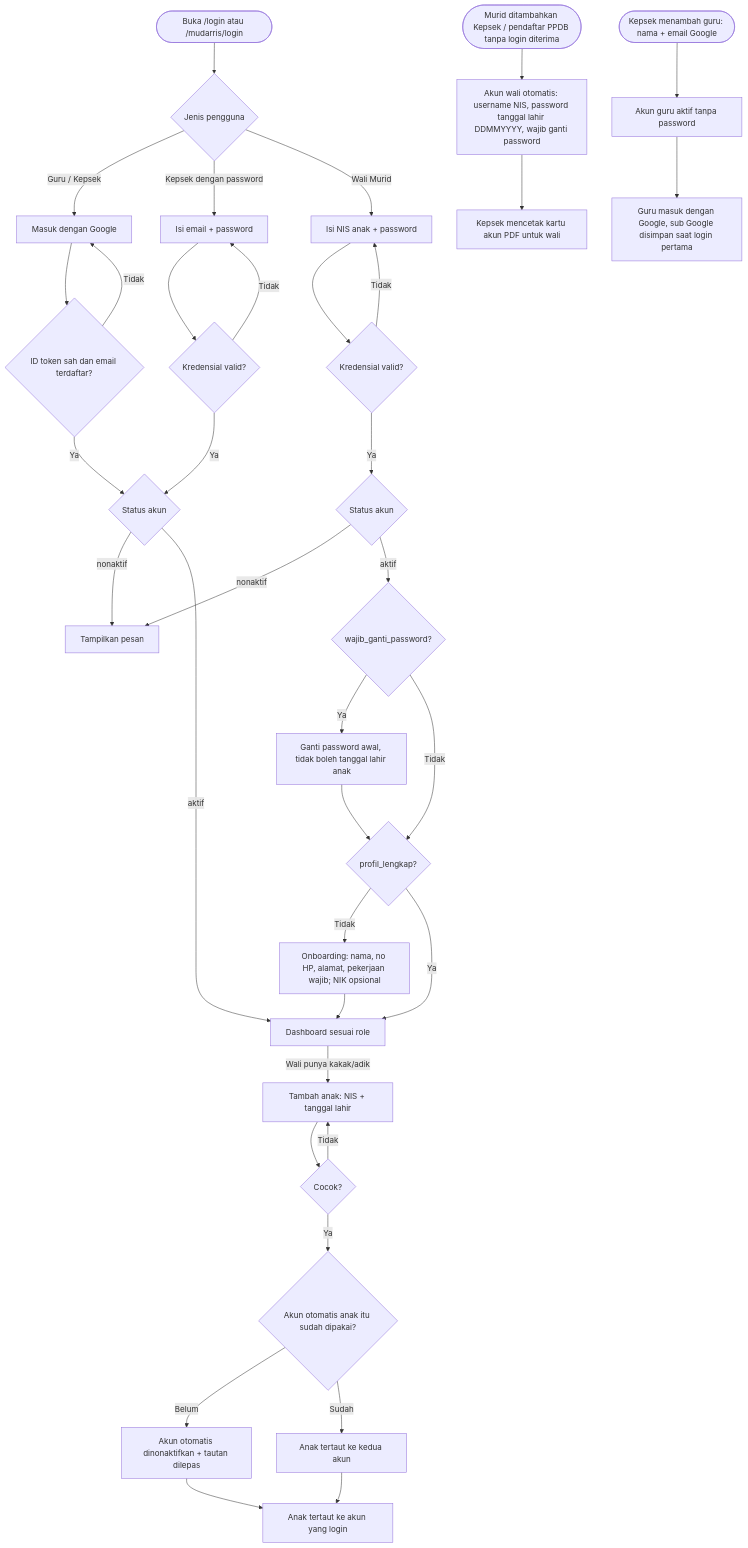
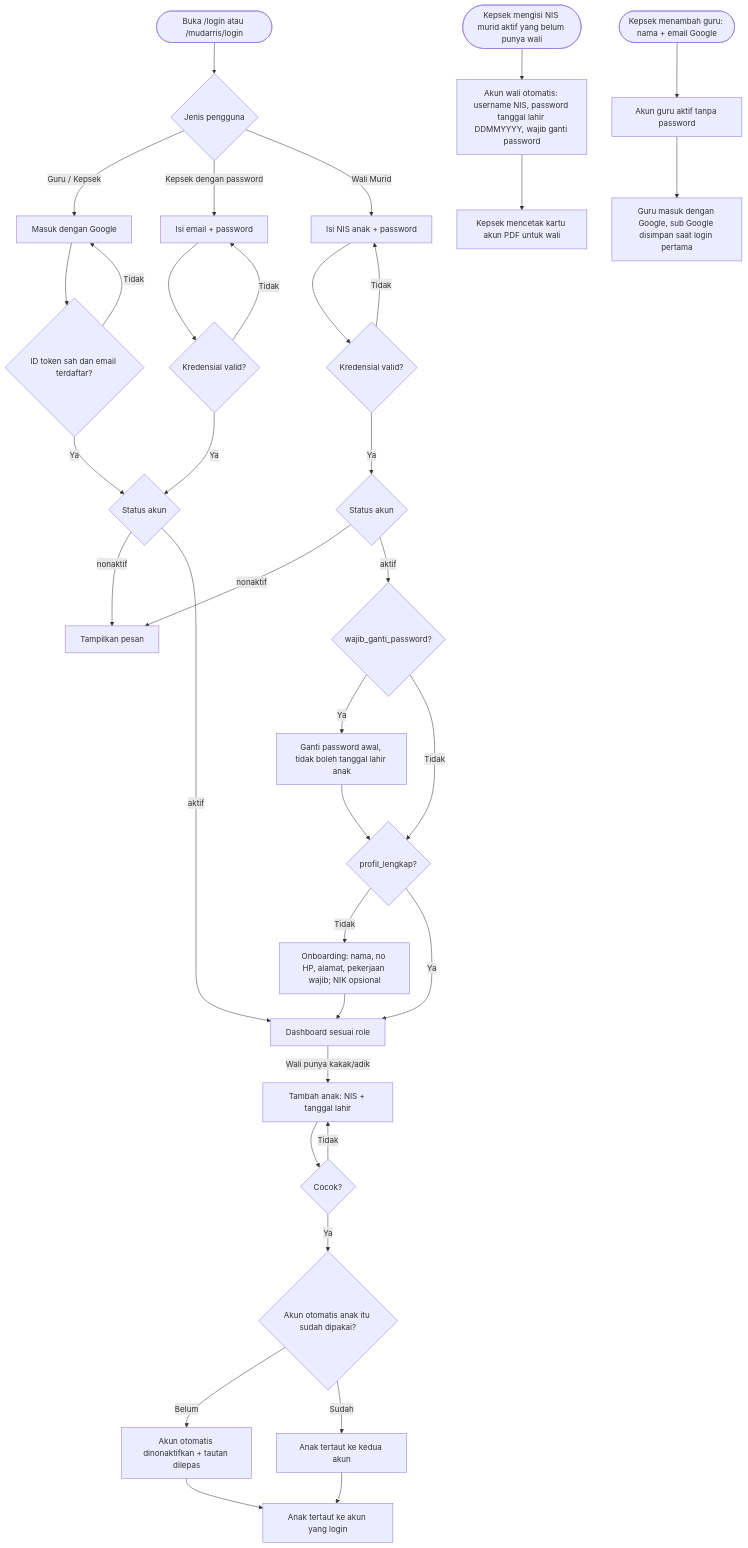
One commit to Keyanffz/TK_TA8_BE changed the second of 10 diagrams in PROMPT_BE_TK.md. Above: the diagram before and after it, drawn with Mermaid. The commit also changed other lines of this file and 2 other files, not shown here.

First line of the commit message:
docs: acuan dan kontrak NIS murid diisi Kepala Sekolah

````diff
--- a/PROMPT_BE_TK.md
+++ b/PROMPT_BE_TK.md
@@ -351,38 +352,38 @@
 ```mermaid
 flowchart TD
     A([Buka /login atau /mudarris/login]) --> B{Jenis pengguna}
     B -->|Guru / Kepsek| C[Masuk dengan Google]
     C --> D{ID token sah dan email terdaftar?}
     D -->|Tidak| C
     D -->|Ya| E{Status akun}
     B -->|Kepsek dengan password| C2[Isi email + password]
     C2 --> D2{Kredensial valid?}
     D2 -->|Tidak| C2
     D2 -->|Ya| E
     E -->|nonaktif| G[Tampilkan pesan]
     E -->|aktif| H[Dashboard sesuai role]
-    Z([Murid ditambahkan Kepsek / pendaftar PPDB tanpa login diterima]) --> Z1[Akun wali otomatis: username NIS, password tanggal lahir DDMMYYYY, wajib ganti password]
+    Z([Kepsek mengisi NIS murid aktif yang belum punya wali]) --> Z1[Akun wali otomatis: username NIS, password tanggal lahir DDMMYYYY, wajib ganti password]
     Z1 --> Z2[Kepsek mencetak kartu akun PDF untuk wali]
     B -->|Wali Murid| I[Isi NIS anak + password]
     I --> J{Kredensial valid?}
     J -->|Tidak| I
     J -->|Ya| K{Status akun}
     K -->|nonaktif| G
     K -->|aktif| L{wajib_ganti_password?}
     L -->|Ya| M[Ganti password awal, tidak boleh tanggal lahir anak]
     M --> N{profil_lengkap?}
     L -->|Tidak| N
     N -->|Tidak| O[Onboarding: nama, no HP, alamat, pekerjaan wajib; NIK opsional]
     N -->|Ya| H
     O --> H
     H -->|Wali punya kakak/adik| P[Tambah anak: NIS + tanggal lahir]
     P --> Q{Cocok?}
     Q -->|Tidak| P
     Q -->|Ya| R{Akun otomatis anak itu sudah dipakai?}
     R -->|Belum| R1[Akun otomatis dinonaktifkan + tautan dilepas]
     R -->|Sudah| R2[Anak tertaut ke kedua akun]
     R1 --> S[Anak tertaut ke akun yang login]
     R2 --> S
     T([Kepsek menambah guru: nama + email Google]) --> U[Akun guru aktif tanpa password]
     U --> V[Guru masuk dengan Google, sub Google disimpan saat login pertama]
 ```
````
